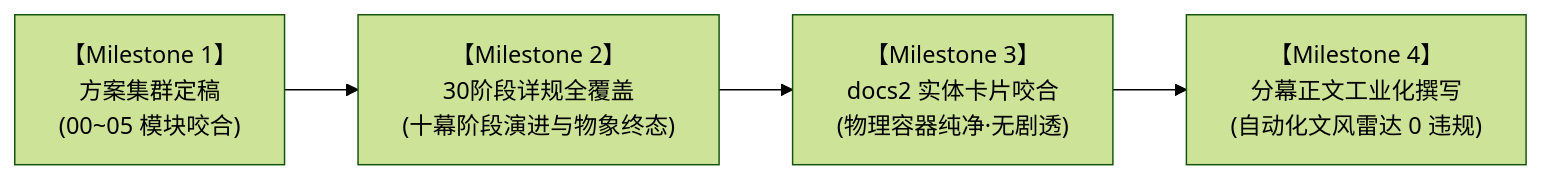
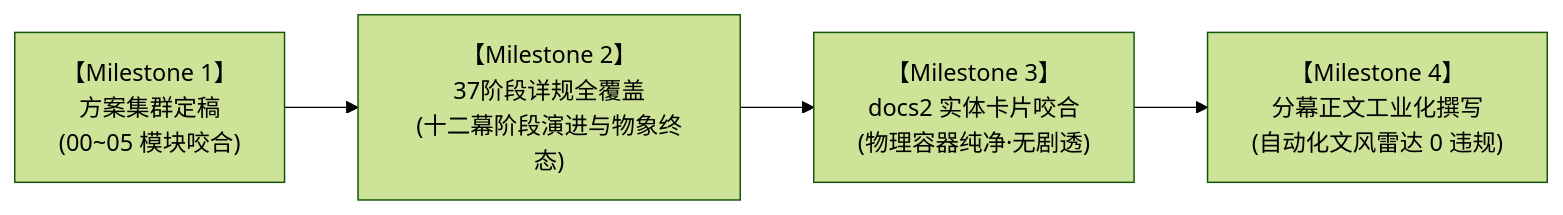
One commit to soranokiseki1437/eldoria-worldbook changed the fifth of 5 diagrams in 方案/第二部/主线与世界扩充方案/00_第二部宏篇主线总纲与方案管理中枢.md. Above: the diagram before and after it, drawn with Mermaid (forest theme). The commit also changed other lines of this file and 221 other files, not shown here.

````diff
--- a/方案/第二部/主线与世界扩充方案/00_第二部宏篇主线总纲与方案管理中枢.md
+++ b/方案/第二部/主线与世界扩充方案/00_第二部宏篇主线总纲与方案管理中枢.md
@@ -357,6 +361,6 @@
 ```mermaid
 graph LR
-    M1["【Milestone 1】<br/>方案集群定稿<br/>(00~05 模块咬合)"] --> M2["【Milestone 2】<br/>30阶段详规全覆盖<br/>(十幕阶段演进与物象终态)"]
+    M1["【Milestone 1】<br/>方案集群定稿<br/>(00~05 模块咬合)"] --> M2["【Milestone 2】<br/>37阶段详规全覆盖<br/>(十二幕阶段演进与物象终态)"]
     M2 --> M3["【Milestone 3】<br/>docs2 实体卡片咬合<br/>(物理容器纯净·无剧透)"]
     M3 --> M4["【Milestone 4】<br/>分幕正文工业化撰写<br/>(自动化文风雷达 0 违规)"]
 ```
````
